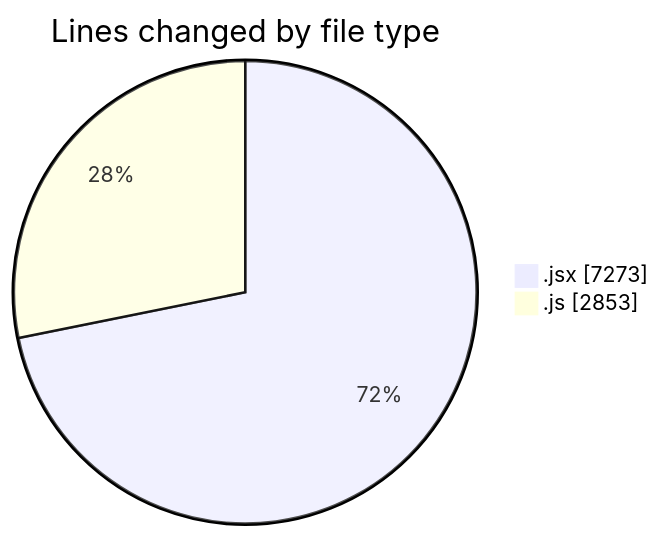
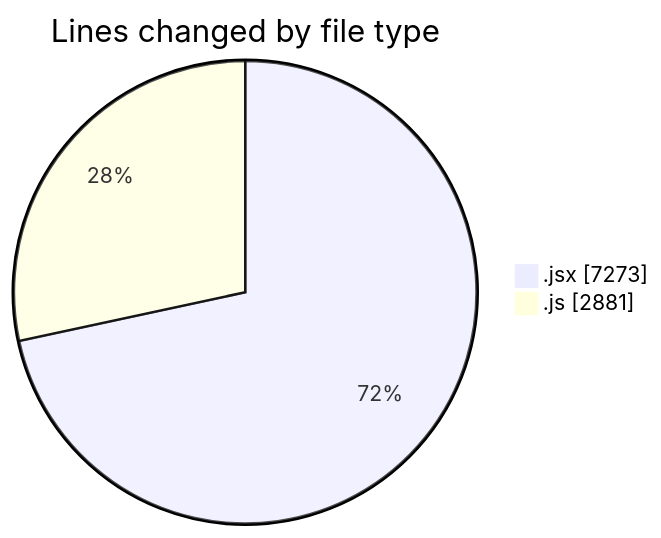
One commit to nxtqubesakshisongat/code-tracking changed the first of 2 diagrams in 2025-12-11/nxtqube_webapp/README.md. Above: the diagram before and after it, drawn with Mermaid. The commit also changed other lines of this file and 1 other file, not shown here.

````diff
--- a/2025-12-11/nxtqube_webapp/README.md
+++ b/2025-12-11/nxtqube_webapp/README.md
@@ -33,6 +33,6 @@
 ```mermaid
 pie showData
 title Lines changed by file type
 ".jsx" : 7273
-".js" : 2853
+".js" : 2881
 ```
````
